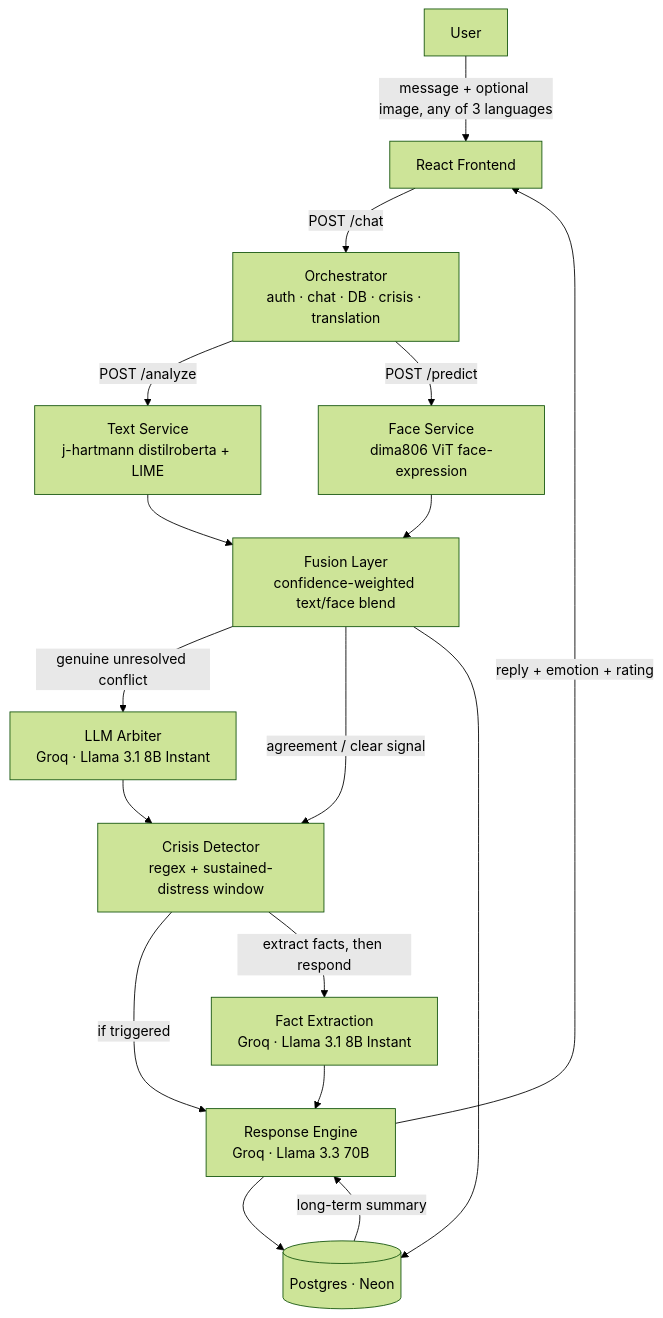
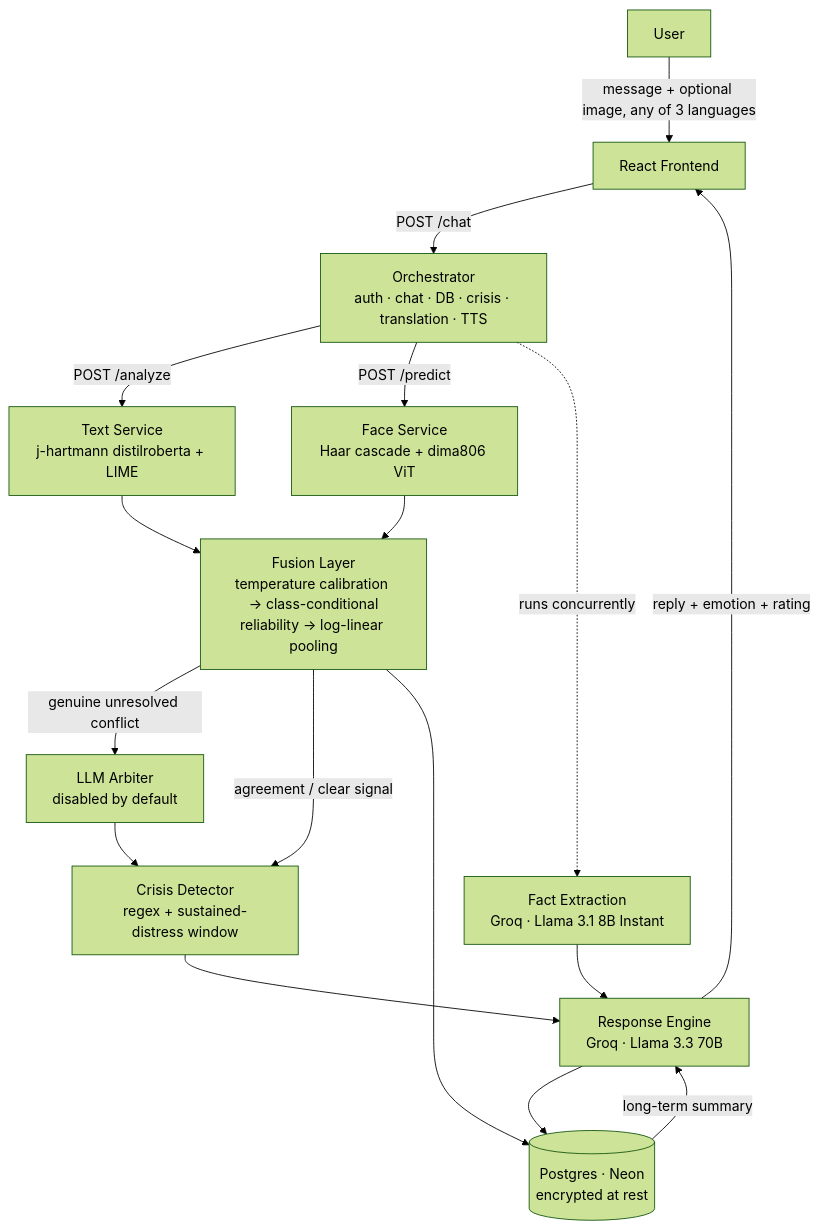
One commit to Aadithyaar22/MoodScript changed the diagram in README.md. Above: the diagram before and after it, drawn with Mermaid (forest theme). The commit also changed other lines of this file and 5 other files, not shown here.

````diff
--- a/README.md
+++ b/README.md
@@ -90,19 +122,19 @@
 ```mermaid
 flowchart TD
     U[User] -->|message + optional image, any of 3 languages| FE[React Frontend]
-    FE -->|POST /chat| API[Orchestrator<br/>auth · chat · DB · crisis · translation]
+    FE -->|POST /chat| API[Orchestrator<br/>auth · chat · DB · crisis · translation · TTS]
     API -->|POST /analyze| TXT[Text Service<br/>j-hartmann distilroberta + LIME]
-    API -->|POST /predict| FACE[Face Service<br/>dima806 ViT face-expression]
-    TXT --> FUSE[Fusion Layer<br/>confidence-weighted text/face blend]
+    API -->|POST /predict| FACE[Face Service<br/>Haar cascade + dima806 ViT]
+    TXT --> FUSE[Fusion Layer<br/>temperature calibration → class-conditional<br/>reliability → log-linear pooling]
     FACE --> FUSE
-    FUSE -->|genuine unresolved conflict| ARB[LLM Arbiter<br/>Groq · Llama 3.1 8B Instant]
+    FUSE -->|genuine unresolved conflict| ARB[LLM Arbiter<br/>disabled by default]
     ARB --> CRISIS
     FUSE -->|agreement / clear signal| CRISIS[Crisis Detector<br/>regex + sustained-distress window]
-    CRISIS -->|if triggered| LLM[Response Engine<br/>Groq · Llama 3.3 70B]
-    CRISIS -->|extract facts, then respond| EXTRACT[Fact Extraction<br/>Groq · Llama 3.1 8B Instant]
+    CRISIS --> LLM[Response Engine<br/>Groq · Llama 3.3 70B]
+    API -.->|runs concurrently| EXTRACT[Fact Extraction<br/>Groq · Llama 3.1 8B Instant]
     EXTRACT --> LLM
-    LLM --> DB[(Postgres · Neon)]
+    LLM --> DB[(Postgres · Neon<br/>encrypted at rest)]
     FUSE --> DB
     DB -->|long-term summary| LLM
     LLM -->|reply + emotion + rating| FE
 ```
````
